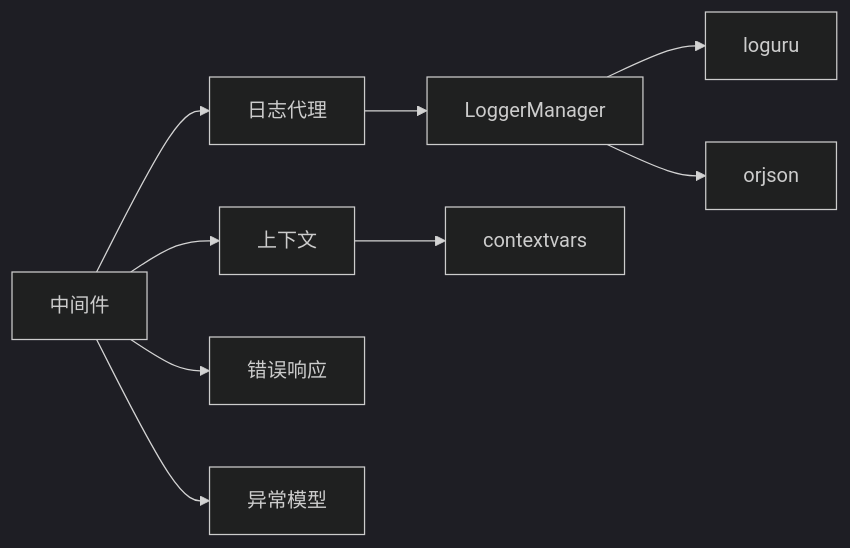
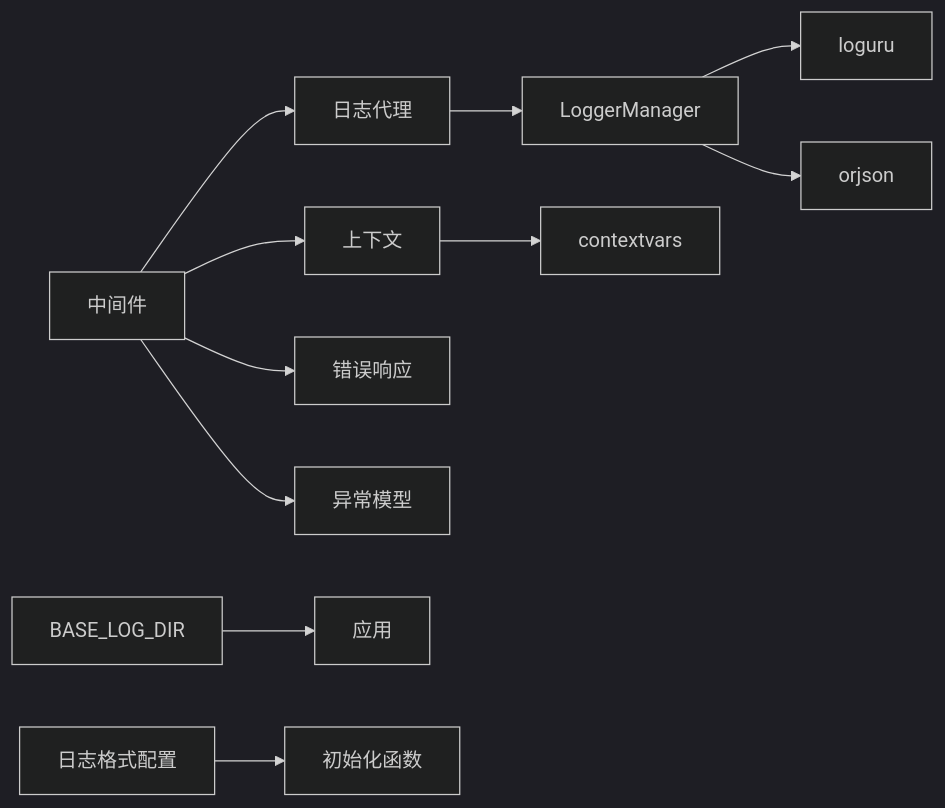
The sixth of 6 diagrams in .qoder/repowiki/zh/content/部署运维/监控与日志管理/监控与日志管理.md (lilinzezzzzzz/fastapi-backend), drawn with Mermaid (dark theme) before and after one commit. The commit also changed other lines of this file and 42 other files, not shown here.

````diff
--- a/.qoder/repowiki/zh/content/部署运维/监控与日志管理/监控与日志管理.md
+++ b/.qoder/repowiki/zh/content/部署运维/监控与日志管理/监控与日志管理.md
@@ -355,11 +399,13 @@
 ```mermaid
 graph LR
 REC["中间件"] --> LOG["日志代理"]
 REC --> CTX["上下文"]
 REC --> RESP["错误响应"]
 REC --> EXC["异常模型"]
 LOG --> LMGR["LoggerManager"]
 LMGR --> LG["loguru"]
 LMGR --> ORJ["orjson"]
 CTX --> CTXVAR["contextvars"]
+BASEDIR["BASE_LOG_DIR"] --> APP["应用"]
+SETT["日志格式配置"] --> INIT["初始化函数"]
 ```
````
